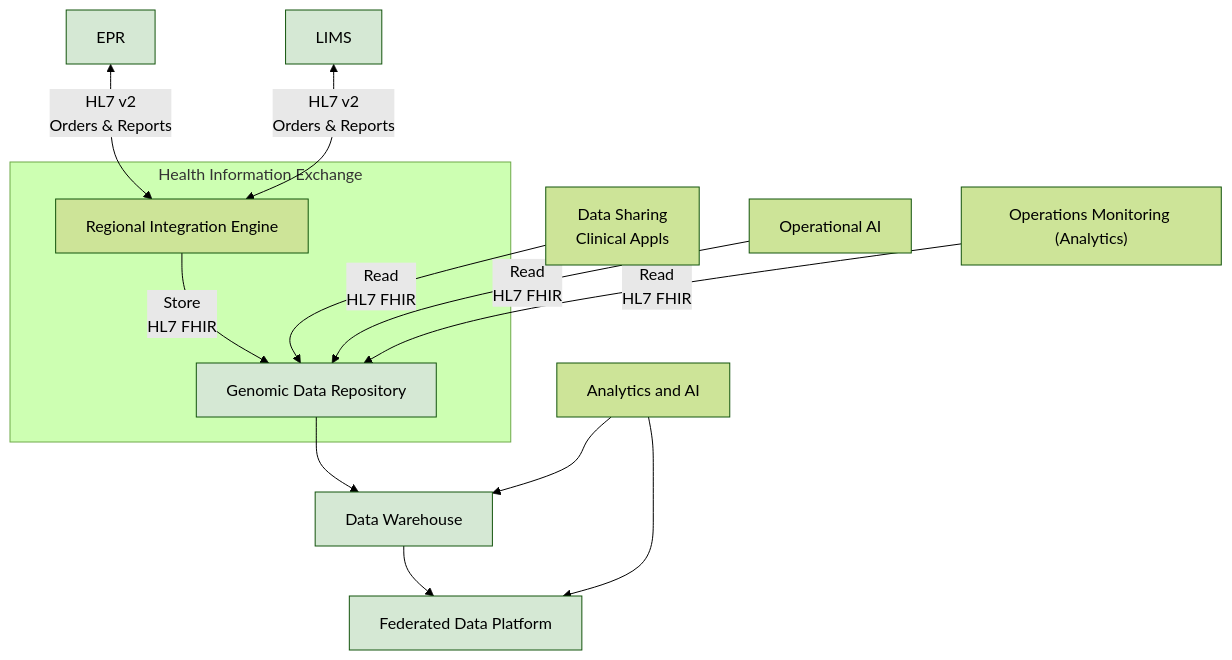
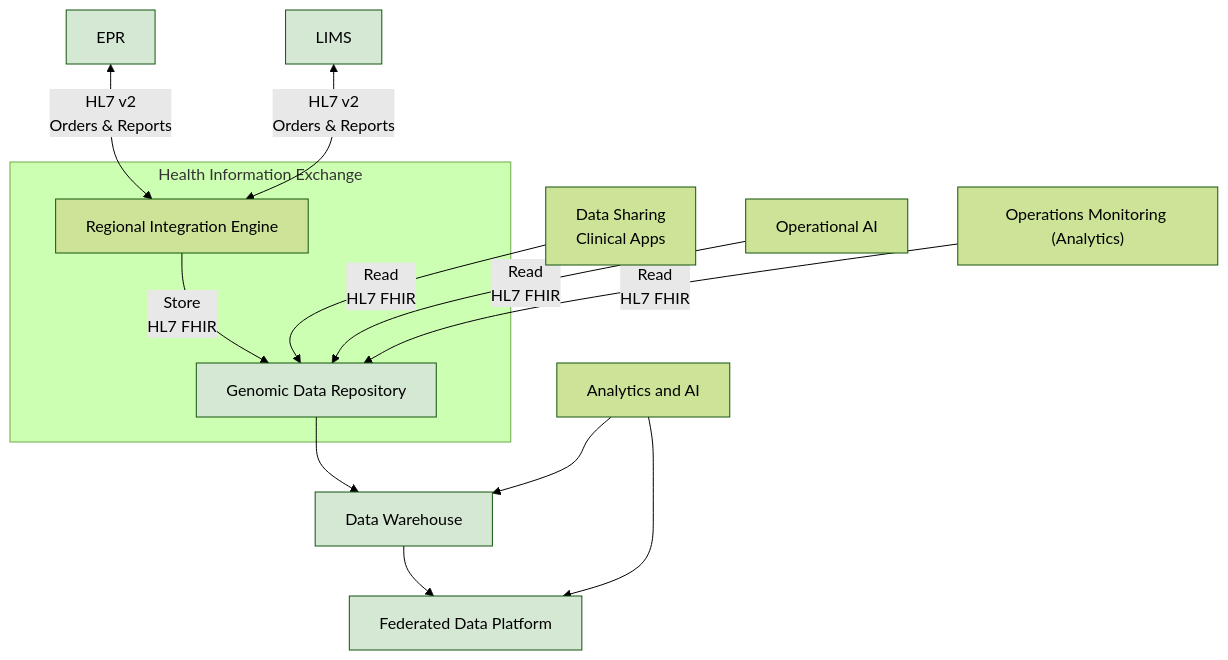
Before and after one commit to uk-gov-mirror/nw-gmsa.nw-gmsa.github.com: the first of 2 diagrams in input/pagecontent/data-contracts.md, drawn with Mermaid (forest theme).

Commit message:
Wording change

````diff
--- a/input/pagecontent/data-contracts.md
+++ b/input/pagecontent/data-contracts.md
@@ -4,21 +4,21 @@
 ```mermaid
 graph TD
     EHR[EPR] <--> |HL7 v2<br/>Orders & Reports| RIE
     LIMS[LIMS] <--> |HL7 v2<br/>Orders & Reports| RIE
 
     subgraph HIE["Health Information Exchange"]
         RIE[Regional Integration Engine] --> |Store<br/>HL7 FHIR| CDR[Genomic Data Repository]
     end
-    Clinician[Data Sharing<br/>Clinical Appls] --> |Read<br/>HL7 FHIR| CDR
+    Clinician[Data Sharing<br/>Clinical Apps] --> |Read<br/>HL7 FHIR| CDR
     AI[Operational AI] --> |Read<br/>HL7 FHIR| CDR
     Ops["Operations Monitoring (Analytics)"] --> |Read<br/>HL7 FHIR| CDR
 
     CDR --> OLAP[Data Warehouse]
     A[Analytics and AI] --> OLAP
     OLAP --> FDP[Federated Data Platform]
     A --> FDP
 
     classDef green fill:#D5E8D4;
 
     class FDP,OLAP,CDR,LIMS,EHR green
 ```
````
